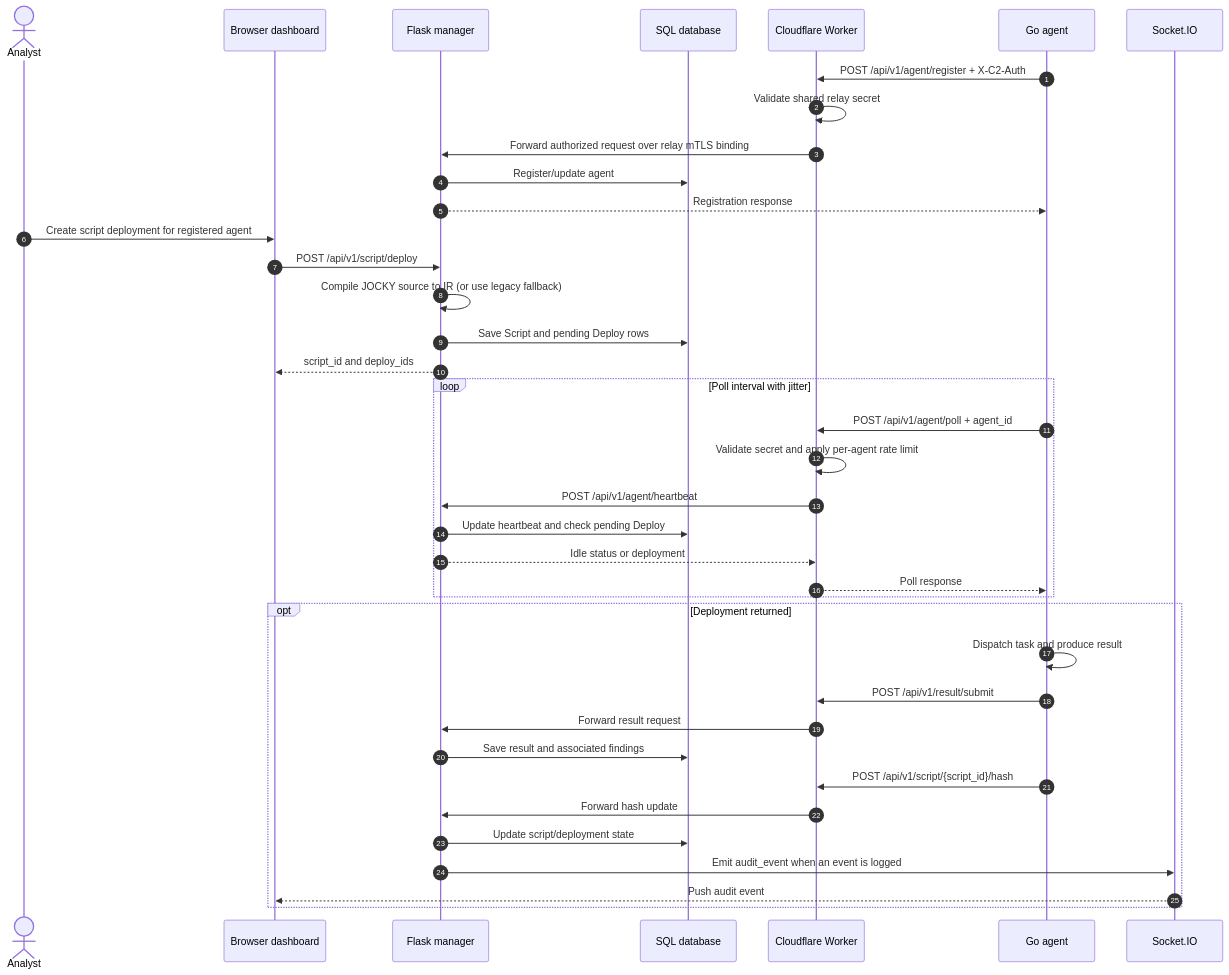
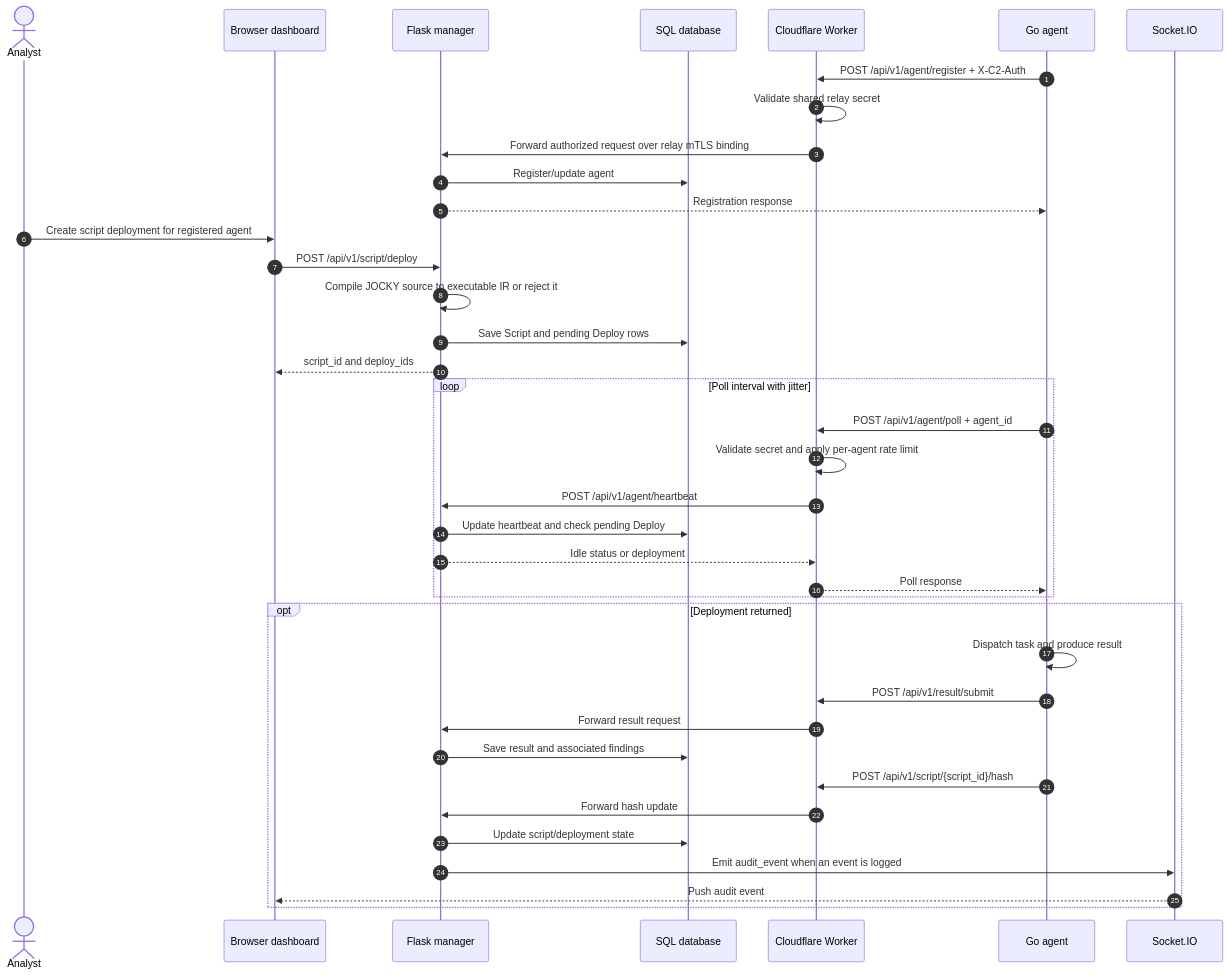
The second of 2 diagrams in README.md (Jatin-trivedi/Proteus-), drawn with Mermaid before and after one commit. The commit also changed other lines of this file and 3 other files, not shown here.

````diff
--- a/README.md
+++ b/README.md
@@ -133,44 +133,44 @@
 ```mermaid
 sequenceDiagram
     autonumber
     actor Analyst
     participant UI as Browser dashboard
     participant M as Flask manager
     participant DB as SQL database
     participant W as Cloudflare Worker
     participant A as Go agent
     participant S as Socket.IO
 
     A->>W: POST /api/v1/agent/register + X-C2-Auth
     W->>W: Validate shared relay secret
     W->>M: Forward authorized request over relay mTLS binding
     M->>DB: Register/update agent
     M-->>A: Registration response
 
     Analyst->>UI: Create script deployment for registered agent
     UI->>M: POST /api/v1/script/deploy
-    M->>M: Compile JOCKY source to IR (or use legacy fallback)
+    M->>M: Compile JOCKY source to executable IR or reject it
     M->>DB: Save Script and pending Deploy rows
     M-->>UI: script_id and deploy_ids
 
     loop Poll interval with jitter
         A->>W: POST /api/v1/agent/poll + agent_id
         W->>W: Validate secret and apply per-agent rate limit
         W->>M: POST /api/v1/agent/heartbeat
         M->>DB: Update heartbeat and check pending Deploy
         M-->>W: Idle status or deployment
         W-->>A: Poll response
     end
 
     opt Deployment returned
         A->>A: Dispatch task and produce result
         A->>W: POST /api/v1/result/submit
         W->>M: Forward result request
         M->>DB: Save result and associated findings
         A->>W: POST /api/v1/script/{script_id}/hash
         W->>M: Forward hash update
         M->>DB: Update script/deployment state
         M->>S: Emit audit_event when an event is logged
         S-->>UI: Push audit event
     end
 ```
````
